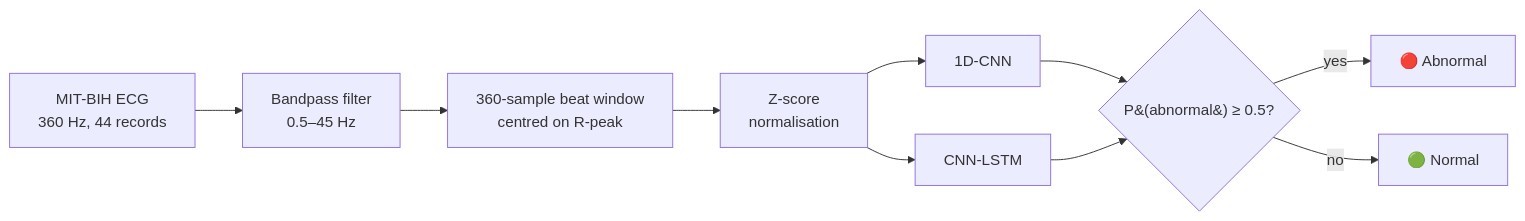
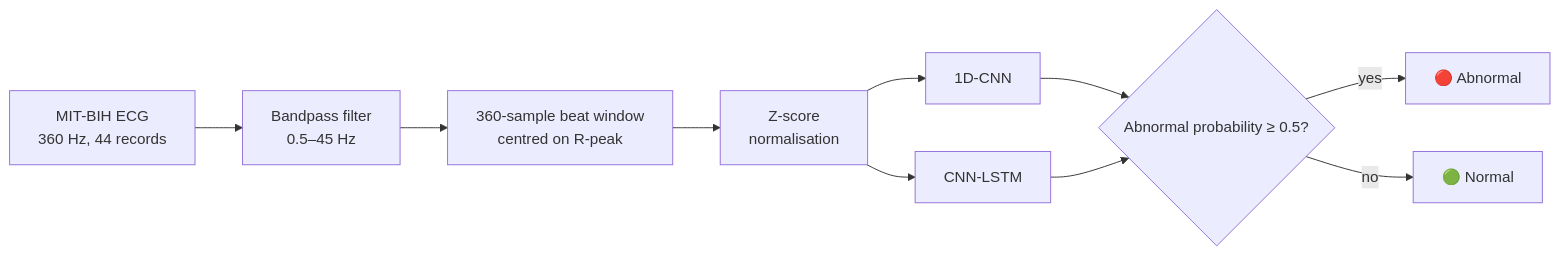
One commit to mrrohan4321/ECG-Project-Deeplearning changed the diagram in README.md. Above: the diagram before and after it, drawn with Mermaid.

Commit message:
Update mermaid diagram quotes in README.md

````diff
--- a/README.md
+++ b/README.md
@@ -61,12 +61,12 @@
 ```mermaid
 flowchart LR
-    A[MIT-BIH ECG<br/>360 Hz, 44 records] --> B[Bandpass filter<br/>0.5–45 Hz]
-    B --> C[360-sample beat window<br/>centred on R-peak]
-    C --> D[Z-score<br/>normalisation]
+    A["MIT-BIH ECG<br/>360 Hz, 44 records"] --> B["Bandpass filter<br/>0.5–45 Hz"]
+    B --> C["360-sample beat window<br/>centred on R-peak"]
+    C --> D["Z-score<br/>normalisation"]
     D --> E[1D-CNN]
     D --> F[CNN-LSTM]
-    E --> G{P&#40;abnormal&#41; ≥ 0.5?}
+    E --> G{"Abnormal probability ≥ 0.5?"}
     F --> G
-    G -->|yes| H[🔴 Abnormal]
-    G -->|no| I[🟢 Normal]
+    G -->|yes| H["🔴 Abnormal"]
+    G -->|no| I["🟢 Normal"]
 ```
````
